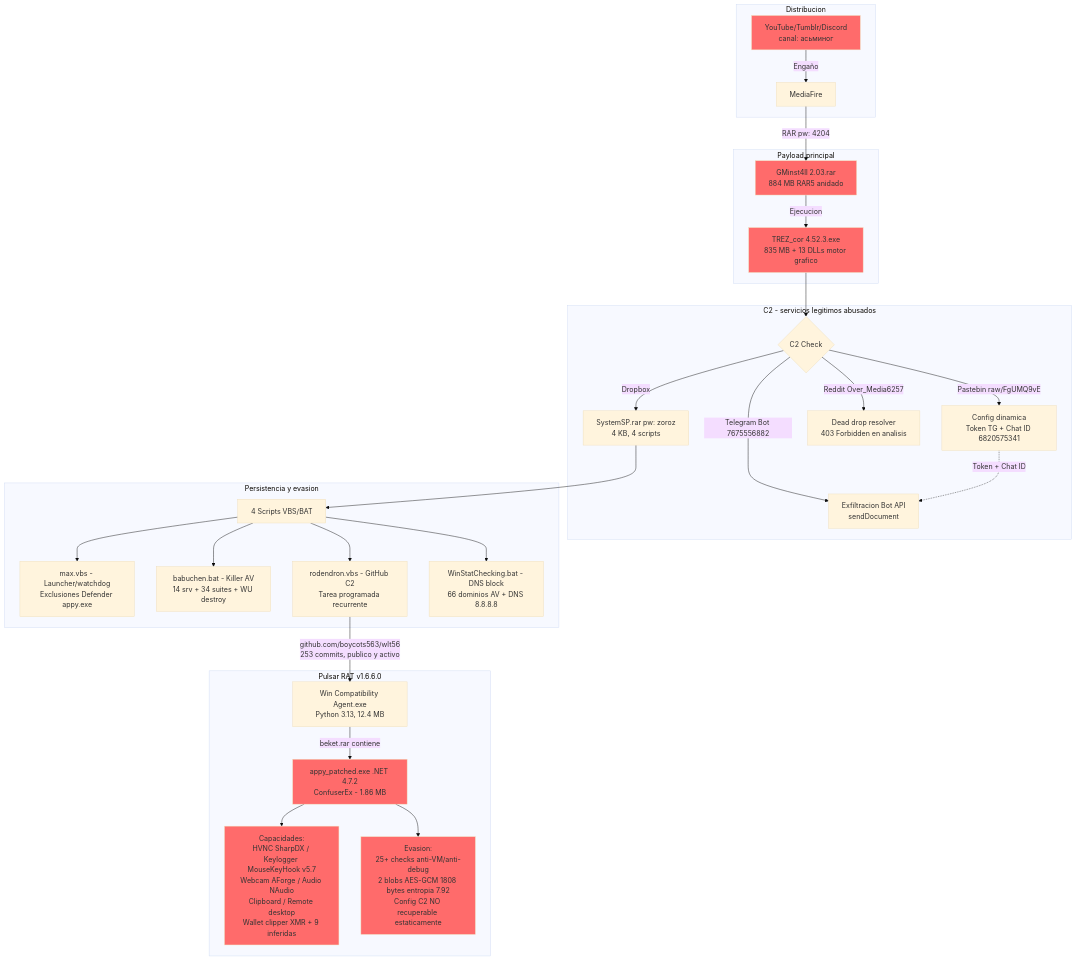
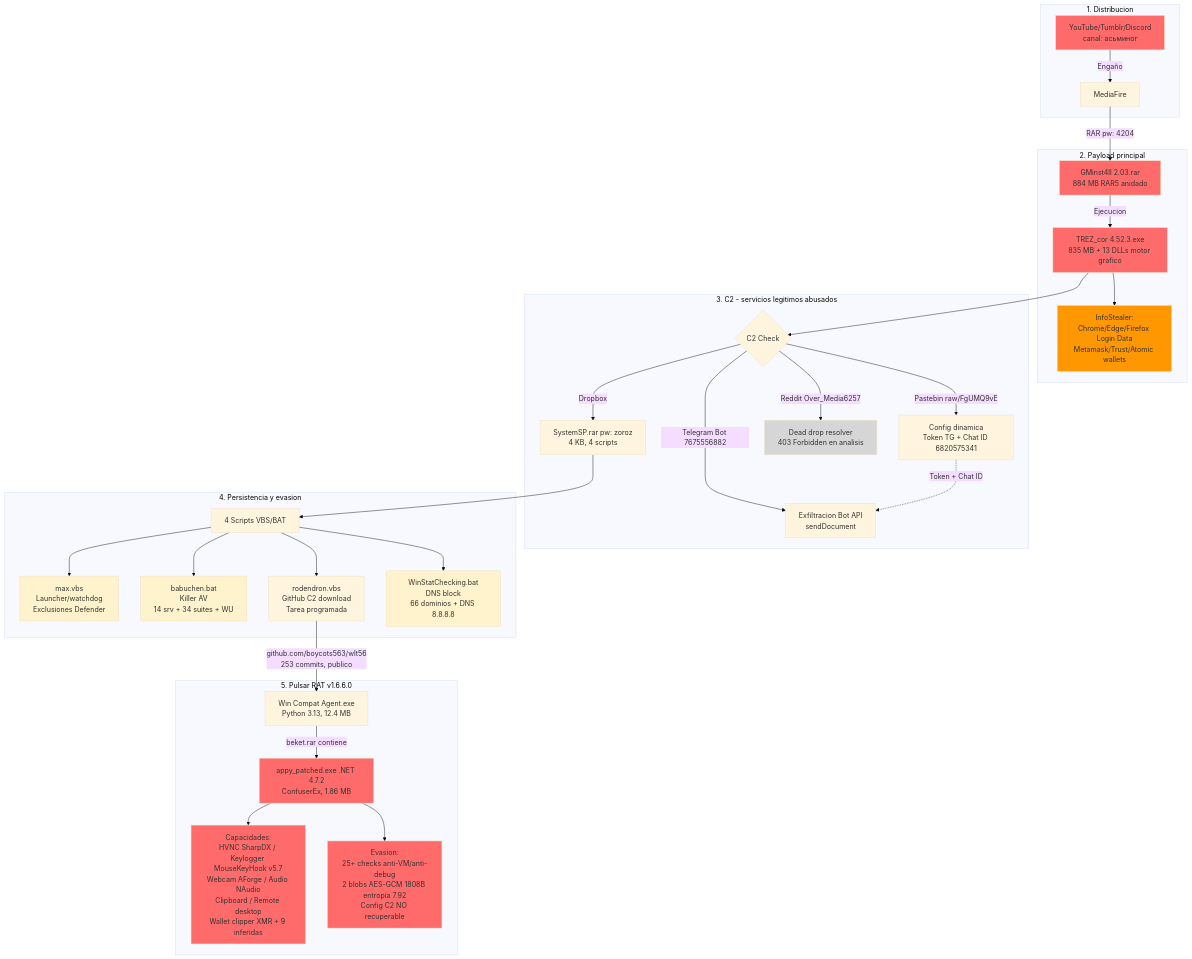
Before and after one commit to alesanfe/soar-ransomware-lab: diagram 11 of 12 in docs/thesis/appendix_f.md, drawn with Mermaid (base theme). The commit also changed other lines of this file, not shown here.

Commit message:
docs(thesis): F.11 - diagrama mas atractivo con colores y nodo InfoStealer
Mejoras visuales del diagrama Mermaid:

1. Subgraphs numerados (1-5) para indicar orden de fases:
   1. Distribucion / 2. Payload principal / 3. C2 /
   4. Persistencia y evasion / 5. Pulsar RAT

2. Nuevo nodo S (InfoStealer) despues de TREZ_cor:
   Muestra que TREZ_cor roba datos de navegadores (Chrome/Edge/
   Firefox Login Data) y wallets (Metamask/Trust/Atomic) antes
   del C2 check. Color naranja (#ff9800) para distinguir de
   nodos rojos (payload/critico).

3. Coloracion por rol:
   - Rojo (#ff6b6b): nodos criticos (distribucion, payload, RAT)
   - Naranja (#ff9800): nodo InfoStealer (robo de datos)
   - Amarillo (#fff3cd): scripts de evasion (K, L, N)
   - Gris (#d6d6d6): nodo H (Reddit 403, inaccesible)

4. Nodos K, L, N reestructurados:
   Formato mas limpio: nombre / funcion / detalle en lineas separadas

5. Prosa actualizada:
   Anadido que TREZ_cor actua como InfoStealer robando
   credenciales de navegadores y wallets antes del C2 check

Verificacion: F.11 valida con @mermaid-js/mermaid-cli (1568x1282)

````diff
--- a/docs/thesis/appendix_f.md
+++ b/docs/thesis/appendix_f.md
@@ -558,37 +558,43 @@
 ```mermaid
 graph TD
- subgraph Distrib["Distribucion"]
+ subgraph Distrib["1. Distribucion"]
    A[YouTube/Tumblr/Discord<br/>canal: асьминог] -->|Engaño| B[MediaFire]
  end
- subgraph Payload["Payload principal"]
+ subgraph Payload["2. Payload principal"]
    B -->|RAR pw: 4204| C[GMinst4ll 2.03.rar<br/>884 MB RAR5 anidado]
    C -->|Ejecucion| D[TREZ_cor 4.52.3.exe<br/>835 MB + 13 DLLs motor grafico]
+   D --> S[InfoStealer:<br/>Chrome/Edge/Firefox Login Data<br/>Metamask/Trust/Atomic wallets]
  end
- subgraph C2["C2 - servicios legitimos abusados"]
+ subgraph C2["3. C2 - servicios legitimos abusados"]
    D --> E{C2 Check}
    E -->|Pastebin raw/FgUMQ9vE| F[Config dinamica<br/>Token TG + Chat ID 6820575341]
    E -->|Dropbox| G[SystemSP.rar pw: zoroz<br/>4 KB, 4 scripts]
    E -->|Reddit Over_Media6257| H[Dead drop resolver<br/>403 Forbidden en analisis]
    E -->|Telegram Bot 7675556882| I[Exfiltracion Bot API<br/>sendDocument]
    F -.->|Token + Chat ID| I
  end
- subgraph Persist["Persistencia y evasion"]
+ subgraph Persist["4. Persistencia y evasion"]
    G --> J[4 Scripts VBS/BAT]
-   J --> K[max.vbs - Launcher/watchdog<br/>Exclusiones Defender appy.exe]
-   J --> L[babuchen.bat - Killer AV<br/>14 srv + 34 suites + WU destroy]
-   J --> M[rodendron.vbs - GitHub C2<br/>Tarea programada recurrente]
-   J --> N[WinStatChecking.bat - DNS block<br/>66 dominios AV + DNS 8.8.8.8]
+   J --> K[max.vbs<br/>Launcher/watchdog<br/>Exclusiones Defender]
+   J --> L[babuchen.bat<br/>Killer AV<br/>14 srv + 34 suites + WU]
+   J --> M[rodendron.vbs<br/>GitHub C2 download<br/>Tarea programada]
+   J --> N[WinStatChecking.bat<br/>DNS block<br/>66 dominios + DNS 8.8.8.8]
  end
- subgraph RAT["Pulsar RAT v1.6.6.0"]
-   M -->|github.com/boycots563/wlt56<br/>253 commits, publico y activo| O[Win Compatibility Agent.exe<br/>Python 3.13, 12.4 MB]
-   O -->|beket.rar contiene| P[appy_patched.exe .NET 4.7.2<br/>ConfuserEx - 1.86 MB]
+ subgraph RAT["5. Pulsar RAT v1.6.6.0"]
+   M -->|github.com/boycots563/wlt56<br/>253 commits, publico| O[Win Compat Agent.exe<br/>Python 3.13, 12.4 MB]
+   O -->|beket.rar contiene| P[appy_patched.exe .NET 4.7.2<br/>ConfuserEx, 1.86 MB]
    P --> Q[Capacidades:<br/>HVNC SharpDX / Keylogger MouseKeyHook v5.7<br/>Webcam AForge / Audio NAudio<br/>Clipboard / Remote desktop<br/>Wallet clipper XMR + 9 inferidas]
-   P --> R[Evasion:<br/>25+ checks anti-VM/anti-debug<br/>2 blobs AES-GCM 1808 bytes entropia 7.92<br/>Config C2 NO recuperable estaticamente]
+   P --> R[Evasion:<br/>25+ checks anti-VM/anti-debug<br/>2 blobs AES-GCM 1808B entropia 7.92<br/>Config C2 NO recuperable]
  end
  style A fill:#ff6b6b
  style C fill:#ff6b6b
  style D fill:#ff6b6b
+ style S fill:#ff9800
  style P fill:#ff6b6b
  style Q fill:#ff6b6b
  style R fill:#ff6b6b
+ style K fill:#fff3cd
+ style L fill:#fff3cd
+ style N fill:#fff3cd
+ style H fill:#d6d6d6
 ```
````
